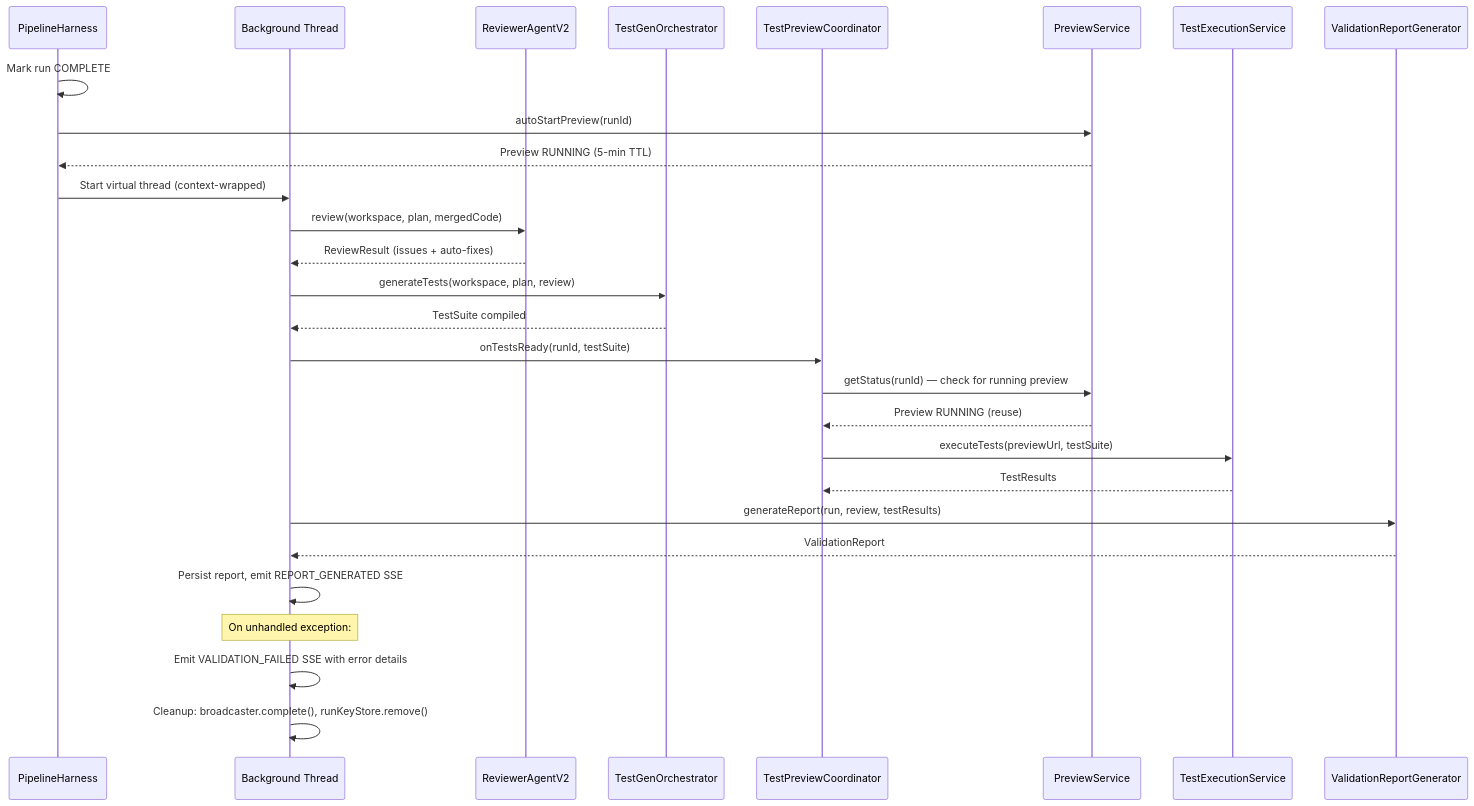
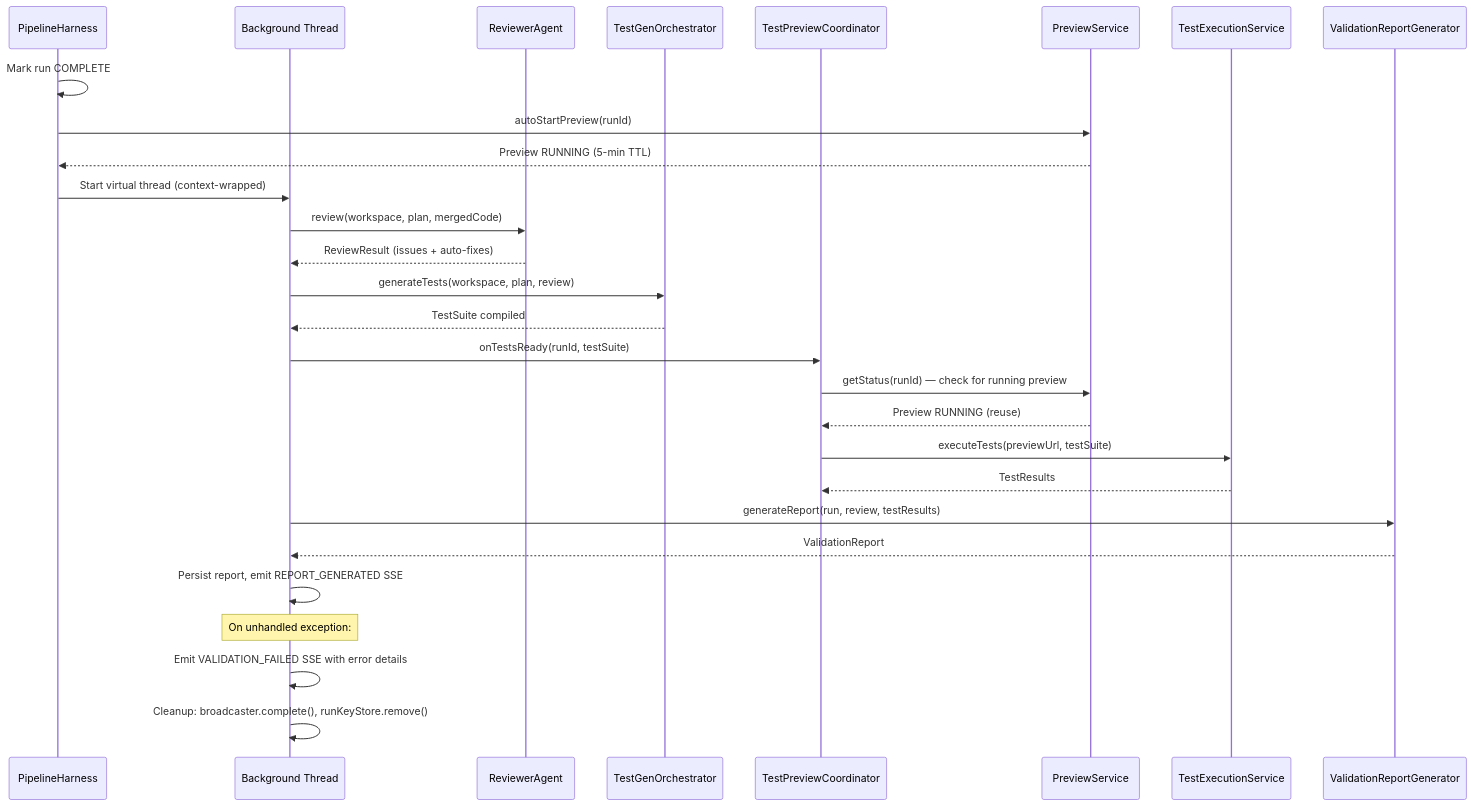
Before and after one commit to navneetprabhakar/executespec: the fourth of 37 diagrams in docs/WORKFLOWS.md, drawn with Mermaid. The commit also changed other lines of this file and 33 other files, not shown here.

````diff
--- a/docs/WORKFLOWS.md
+++ b/docs/WORKFLOWS.md
@@ -230,34 +230,34 @@
 ```mermaid
 sequenceDiagram
     participant PH as PipelineHarness
     participant BG as Background Thread
-    participant RV as ReviewerAgentV2
+    participant RV as ReviewerAgent
     participant TG as TestGenOrchestrator
     participant TP as TestPreviewCoordinator
     participant PS as PreviewService
     participant TE as TestExecutionService
     participant VR as ValidationReportGenerator
 
     PH->>PH: Mark run COMPLETE
     PH->>PS: autoStartPreview(runId)
     PS-->>PH: Preview RUNNING (5-min TTL)
     PH->>BG: Start virtual thread (context-wrapped)
 
     BG->>RV: review(workspace, plan, mergedCode)
     RV-->>BG: ReviewResult (issues + auto-fixes)
     BG->>TG: generateTests(workspace, plan, review)
     TG-->>BG: TestSuite compiled
 
     BG->>TP: onTestsReady(runId, testSuite)
     TP->>PS: getStatus(runId) — check for running preview
     PS-->>TP: Preview RUNNING (reuse)
     TP->>TE: executeTests(previewUrl, testSuite)
     TE-->>TP: TestResults
 
     BG->>VR: generateReport(run, review, testResults)
     VR-->>BG: ValidationReport
     BG->>BG: Persist report, emit REPORT_GENERATED SSE
     Note over BG: On unhandled exception:
     BG->>BG: Emit VALIDATION_FAILED SSE with error details
     BG->>BG: Cleanup: broadcaster.complete(), runKeyStore.remove()
 ```
````
